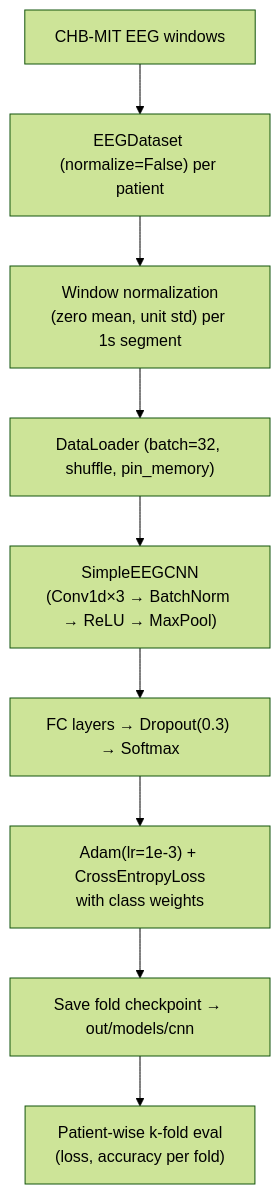
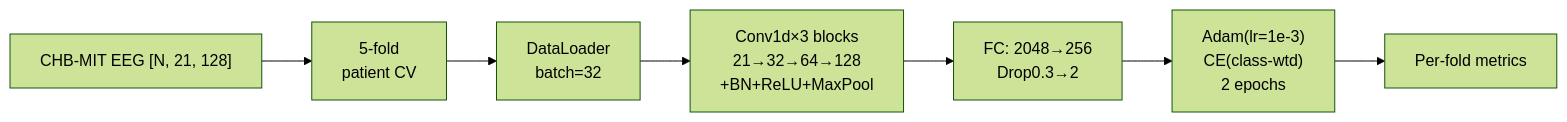
One commit to RICSE-donnenfeld/DEEPL-brainshake changed the diagram in mermaid/cnn.mmd. Above: the diagram before and after it, drawn with Mermaid (forest theme). The commit also changed 42 other files, not shown here.

```diff
--- a/mermaid/cnn.mmd
+++ b/mermaid/cnn.mmd
@@ -1,20 +1,8 @@
-%% CNN pipeline (SimpleEEGCNN)
-flowchart TB
-    data["CHB-MIT EEG windows"]
-    dataset["EEGDataset (normalize=False) per patient"]
-    preprocess["Window normalization\n(zero mean, unit std) per 1s segment"]
-    loader["DataLoader (batch=32, shuffle, pin_memory)"]
-    cnn["SimpleEEGCNN\n(Conv1d×3 → BatchNorm → ReLU → MaxPool)"]
-    classifier["FC layers → Dropout(0.3) → Softmax"]
-    train["Adam(lr=1e-3) + CrossEntropyLoss\nwith class weights"]
-    checkpoint["Save fold checkpoint → out/models/cnn"]
-    evaluate["Patient-wise k-fold eval\n(loss, accuracy per fold)"]
-
-    data --> dataset
-    dataset --> preprocess
-    preprocess --> loader
-    loader --> cnn
-    cnn --> classifier
-    classifier --> train
-    train --> checkpoint
-    checkpoint --> evaluate
+%% CNN pipeline — horizontal
+flowchart LR
+    data["CHB-MIT EEG [N, 21, 128]"] --> kfold["5-fold<br/>patient CV"]
+    kfold --> loader["DataLoader<br/>batch=32"]
+    loader --> cnn["Conv1d×3 blocks<br/>21→32→64→128<br/>+BN+ReLU+MaxPool"]
+    cnn --> fc["FC: 2048→256<br/>Drop0.3→2"]
+    fc --> train["Adam(lr=1e-3)<br/>CE(class-wtd)<br/>2 epochs"]
+    train --> evaluate["Per-fold metrics"]
```
